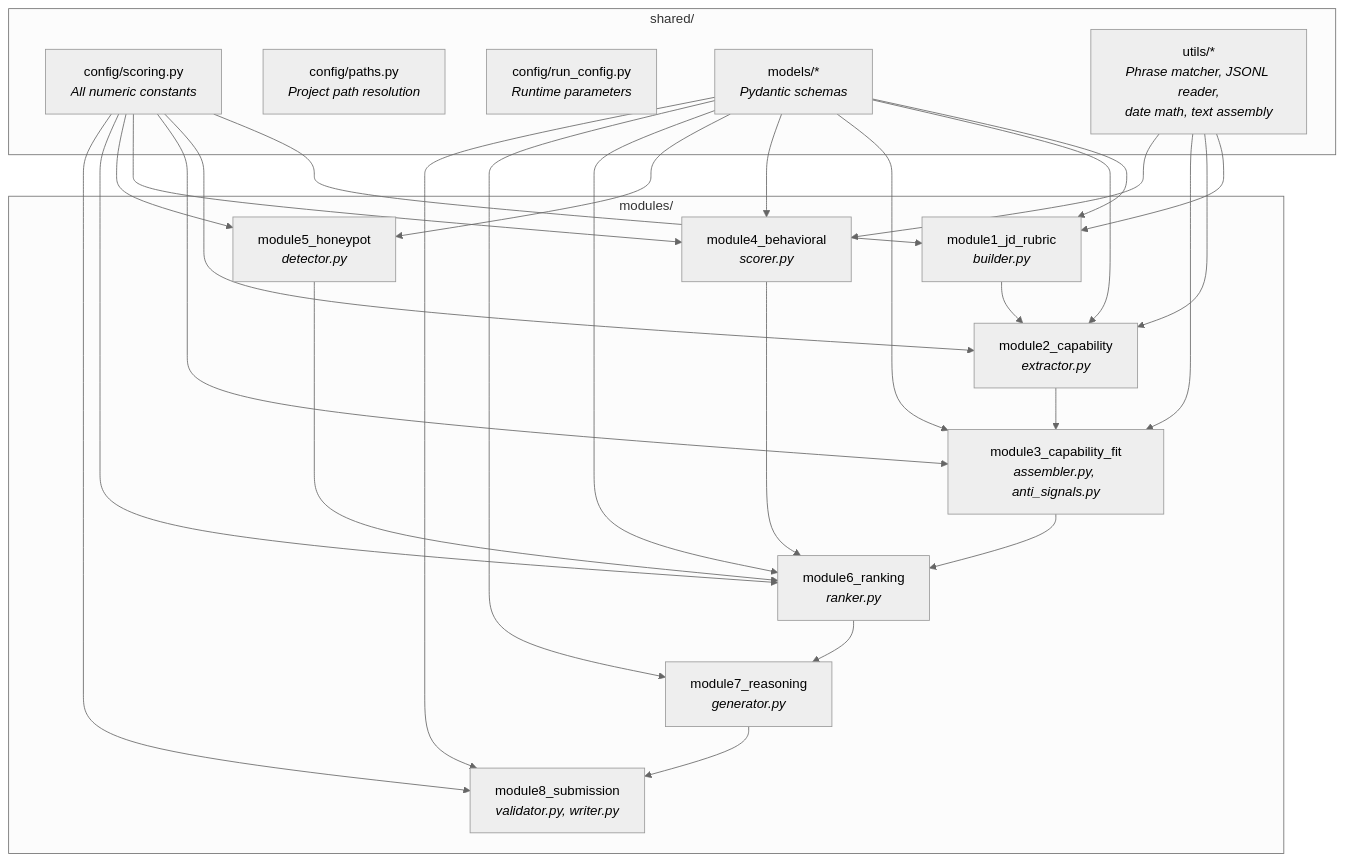
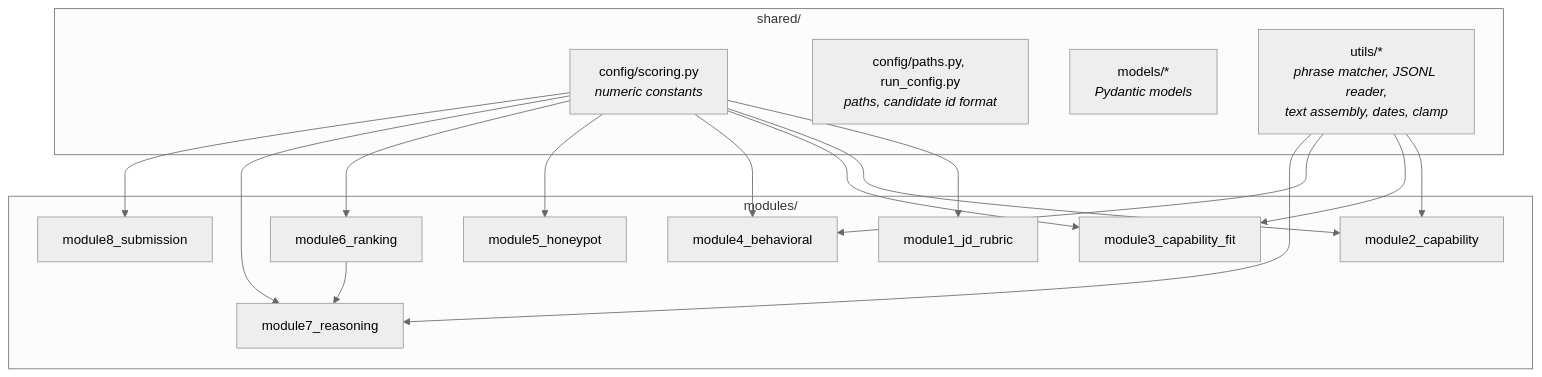
Before and after one commit to nitheshkummarc/WorkLens: the second of 2 diagrams in docs/ARCHITECTURE.md, drawn with Mermaid (neutral theme). The commit also changed other lines of this file and 74 other files, not shown here.

````diff
--- a/docs/ARCHITECTURE.md
+++ b/docs/ARCHITECTURE.md
@@ -57,49 +61,34 @@
 ```mermaid
 graph TD
     subgraph "shared/"
-        SC["config/scoring.py<br/><i>All numeric constants</i>"]
-        SP["config/paths.py<br/><i>Project path resolution</i>"]
-        SR["config/run_config.py<br/><i>Runtime parameters</i>"]
-        M["models/*<br/><i>Pydantic schemas</i>"]
-        U["utils/*<br/><i>Phrase matcher, JSONL reader,<br/>date math, text assembly</i>"]
+        SC["config/scoring.py<br/><i>numeric constants</i>"]
+        SP["config/paths.py, run_config.py<br/><i>paths, candidate id format</i>"]
+        M["models/*<br/><i>Pydantic models</i>"]
+        U["utils/*<br/><i>phrase matcher, JSONL reader,<br/>text assembly, dates, clamp</i>"]
     end
 
     subgraph "modules/"
-        M1["module1_jd_rubric<br/><i>builder.py</i>"]
-        M2["module2_capability<br/><i>extractor.py</i>"]
-        M3["module3_capability_fit<br/><i>assembler.py, anti_signals.py</i>"]
-        M4["module4_behavioral<br/><i>scorer.py</i>"]
-        M5["module5_honeypot<br/><i>detector.py</i>"]
-        M6["module6_ranking<br/><i>ranker.py</i>"]
-        M7["module7_reasoning<br/><i>generator.py</i>"]
-        M8["module8_submission<br/><i>validator.py, writer.py</i>"]
+        M1["module1_jd_rubric"]
+        M2["module2_capability"]
+        M3["module3_capability_fit"]
+        M4["module4_behavioral"]
+        M5["module5_honeypot"]
+        M6["module6_ranking"]
+        M7["module7_reasoning"]
+        M8["module8_submission"]
     end
 
     SC --> M1
     SC --> M2
     SC --> M3
     SC --> M4
     SC --> M5
     SC --> M6
+    SC --> M7
     SC --> M8
-    M --> M1
-    M --> M2
-    M --> M3
-    M --> M4
-    M --> M5
-    M --> M6
-    M --> M7
-    M --> M8
-    U --> M1
     U --> M2
     U --> M3
     U --> M4
-
-    M1 --> M2
-    M2 --> M3
-    M3 --> M6
-    M4 --> M6
-    M5 --> M6
+    U --> M7
     M6 --> M7
-    M7 --> M8
 ```
````
